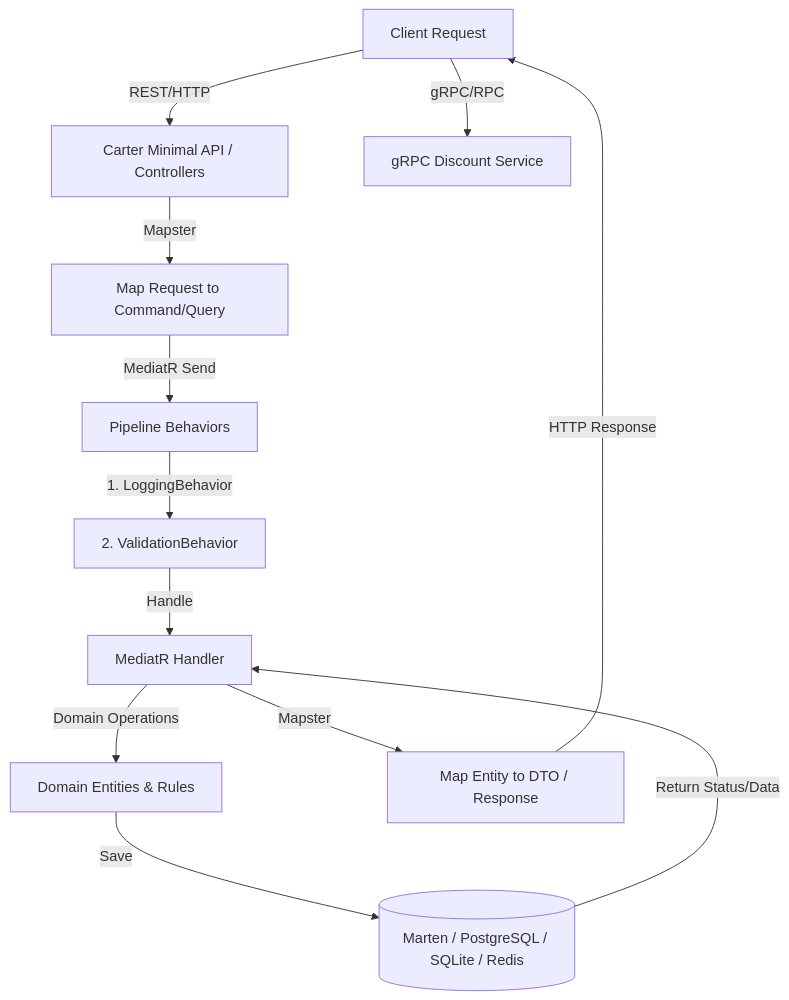
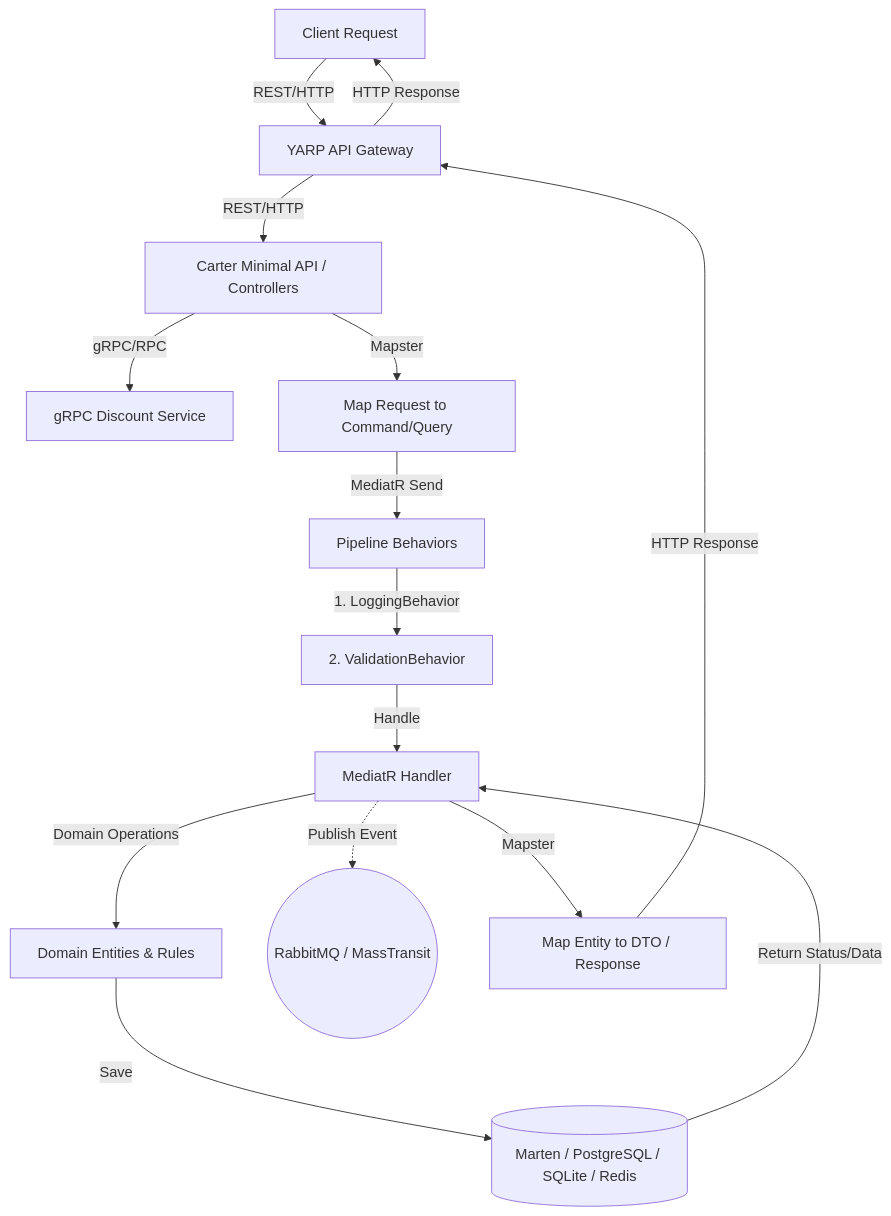
One commit to AhmedAbdo1612/ECommerce-DDD-Microservices changed the diagram in .agents/AGENTS.md. Above: the diagram before and after it, drawn with Mermaid. The commit also changed other lines of this file and 1 other file, not shown here.

Commit message:
docs: update project architecture with API Gateway and Messaging

````diff
--- a/.agents/AGENTS.md
+++ b/.agents/AGENTS.md
@@ -112,14 +117,17 @@
 ```mermaid
 graph TD
-    Client[Client Request] -->|REST/HTTP| API[Carter Minimal API / Controllers]
-    Client -->|gRPC/RPC| RPC[gRPC Discount Service]
+    Client[Client Request] -->|REST/HTTP| Gateway[YARP API Gateway]
+    Gateway -->|REST/HTTP| API[Carter Minimal API / Controllers]
+    API -->|gRPC/RPC| RPC[gRPC Discount Service]
     API -->|Mapster| Map[Map Request to Command/Query]
     Map -->|MediatR Send| Pipe[Pipeline Behaviors]
     Pipe -->|1. LoggingBehavior| PipeVal[2. ValidationBehavior]
     PipeVal -->|Handle| Handler[MediatR Handler]
     Handler -->|Domain Operations| Domain[Domain Entities & Rules]
     Domain -->|Save| DB[(Marten / PostgreSQL / SQLite / Redis)]
     DB -->|Return Status/Data| Handler
+    Handler -.->|Publish Event| MQ((RabbitMQ / MassTransit))
     Handler -->|Mapster| DTO[Map Entity to DTO / Response]
-    DTO -->|HTTP Response| Client
+    DTO -->|HTTP Response| Gateway
+    Gateway -->|HTTP Response| Client
 ```
````
